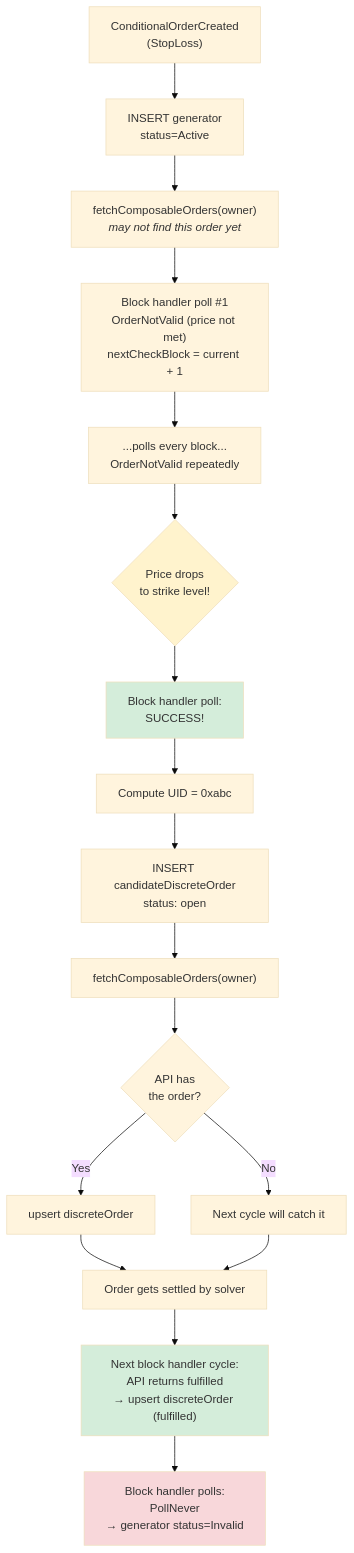
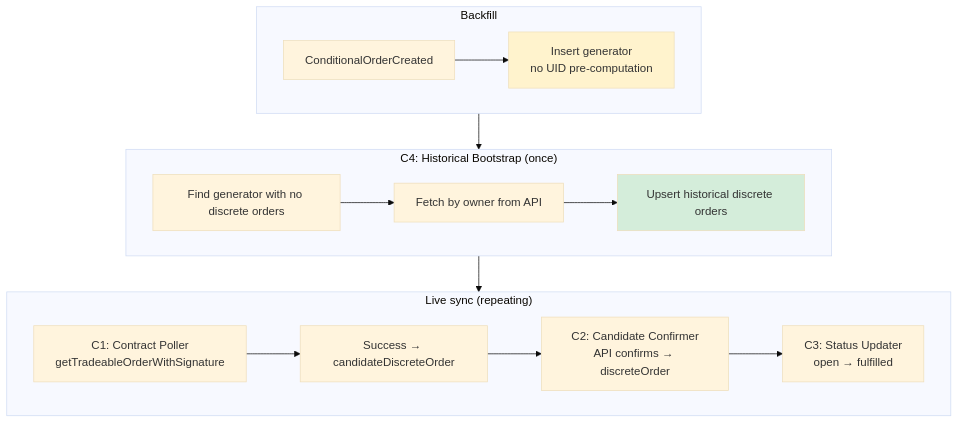
One commit to bleu/cow-programmatic-orders-api changed the sixth of 7 diagrams in agent_docs/m3-orderbook-integration-flow.md. Above: the diagram before and after it, drawn with Mermaid (base theme). The commit also changed other lines of this file, not shown here.

Commit message:
chore: rewritten flow doc with the new architecture

````diff
--- a/agent_docs/m3-orderbook-integration-flow.md
+++ b/agent_docs/m3-orderbook-integration-flow.md
@@ -689,31 +563,28 @@
 ```mermaid
 flowchart TD
-    E["ConditionalOrderCreated<br/>(StopLoss)"] --> G["INSERT generator<br/>status=Active"]
-    G --> F["fetchComposableOrders(owner)<br/><i>may not find this order yet</i>"]
+    subgraph Backfill
+        B1["ConditionalOrderCreated"]
+        B2["Insert generator<br/>no UID pre-computation"]
+        B1 --> B2
+    end
 
-    F --> P1["Block handler poll #1<br/>OrderNotValid (price not met)<br/>nextCheckBlock = current + 1"]
-    P1 --> PN["...polls every block...<br/>OrderNotValid repeatedly"]
+    subgraph Bootstrap["C4: Historical Bootstrap (once)"]
+        B3["Find generator with no discrete orders"]
+        B4["Fetch by owner from API"]
+        B5["Upsert historical discrete orders"]
+        B3 --> B4 --> B5
+    end
 
-    PN --> Trigger{"Price drops<br/>to strike level!"}
+    subgraph LiveLoop["Live sync (repeating)"]
+        C1["C1: Contract Poller<br/>getTradeableOrderWithSignature"]
+        C1S["Success → candidateDiscreteOrder"]
+        C2["C2: Candidate Confirmer<br/>API confirms → discreteOrder"]
+        C3["C3: Status Updater<br/>open → fulfilled"]
+        C1 --> C1S --> C2 --> C3
+    end
 
-    Trigger --> Success["Block handler poll:<br/>SUCCESS!"]
-    Success --> Compute["Compute UID = 0xabc"]
-    Compute --> Candidate["INSERT candidateDiscreteOrder<br/>status: open"]
-    Candidate --> Fetch["fetchComposableOrders(owner)"]
+    Backfill --> Bootstrap --> LiveLoop
 
-    Fetch --> APICheck{"API has<br/>the order?"}
-    APICheck -->|Yes| Upsert["upsert discreteOrder"]
-    APICheck -->|No| NextCycle["Next cycle will catch it"]
-
-    Upsert --> Settle["Order gets settled by solver"]
-    NextCycle --> Settle
-
-    Settle --> Final["Next block handler cycle:<br/>API returns fulfilled<br/>→ upsert discreteOrder (fulfilled)"]
-
-    Final --> Never["Block handler polls:<br/>PollNever<br/>→ generator status=Invalid"]
-
-    style Trigger fill:#fff3cd
-    style Success fill:#d4edda
-    style Final fill:#d4edda
-    style Never fill:#f8d7da
+    style B2 fill:#fff3cd
+    style B5 fill:#d4edda
 ```
````
